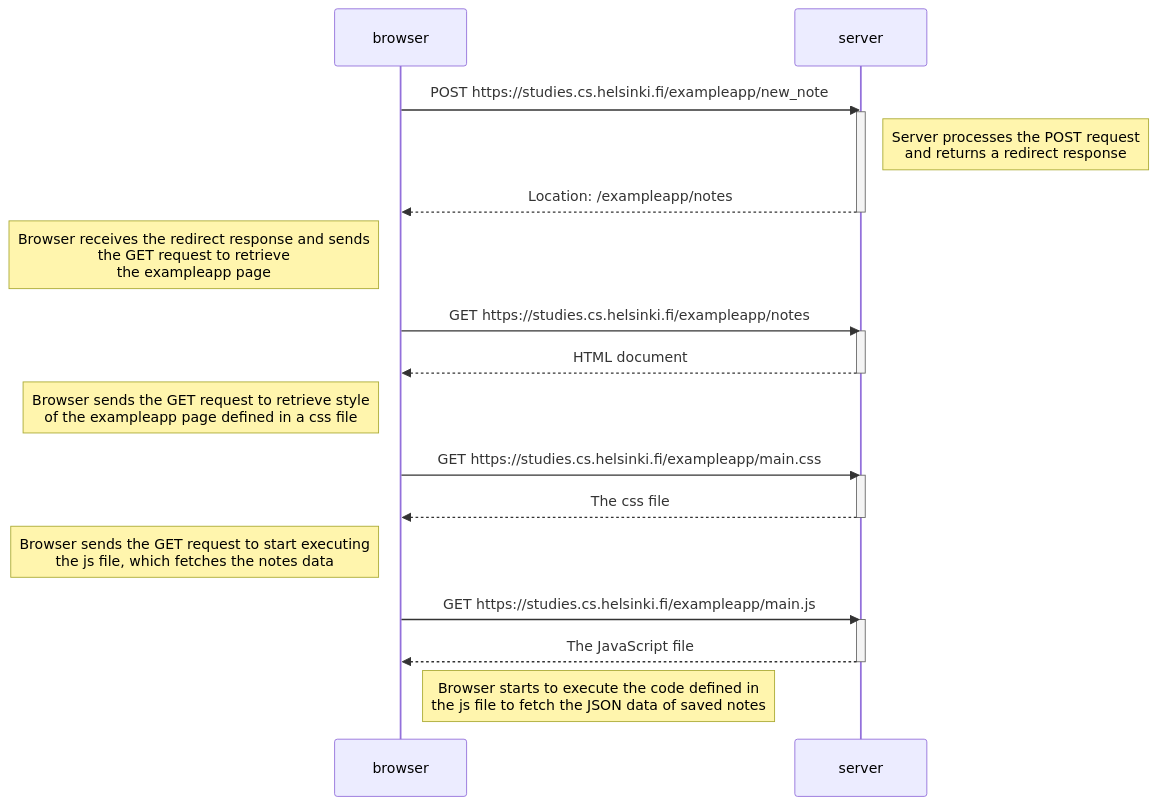
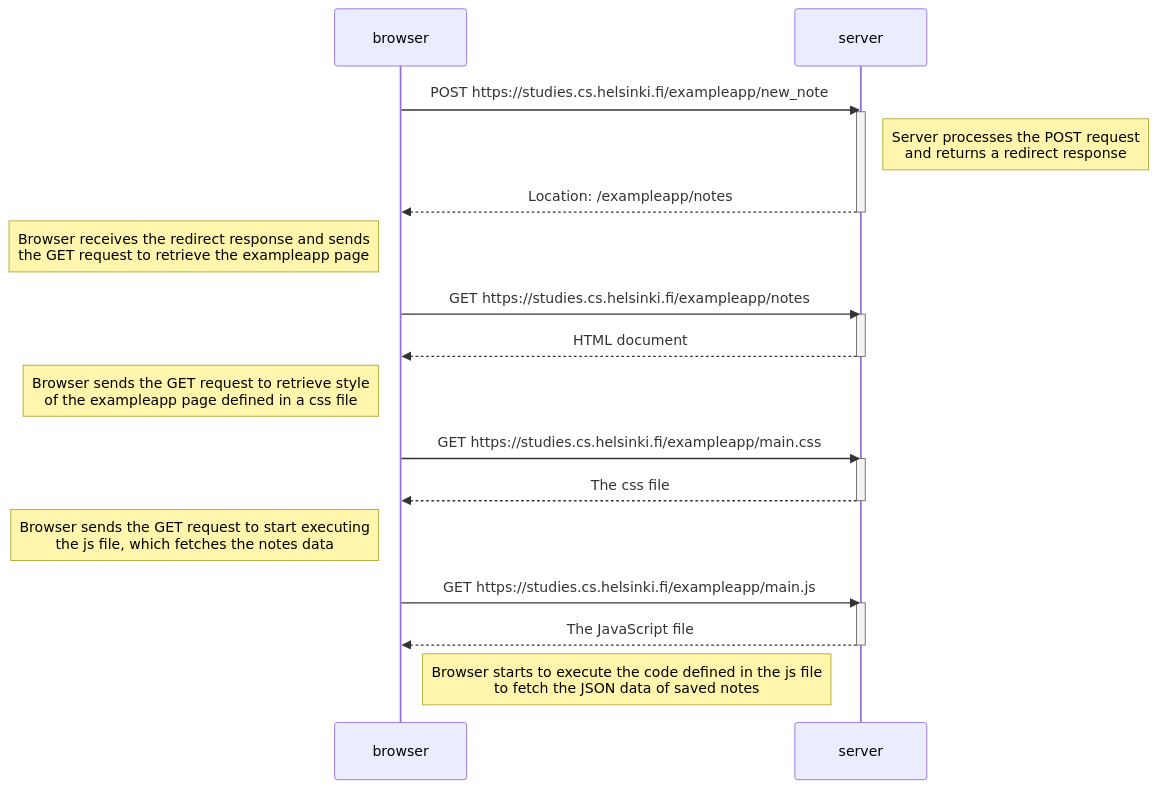
The diagram in osa0/uusi_muistiinpano_kaavio.md (oskarioksanen/fullstack_open_palautusrepo), drawn with Mermaid before and after one commit.

````diff
--- a/osa0/uusi_muistiinpano_kaavio.md
+++ b/osa0/uusi_muistiinpano_kaavio.md
@@ -3,33 +3,33 @@
 ```mermaid
 sequenceDiagram
     participant browser
     participant server
 
     browser->>server: POST https://studies.cs.helsinki.fi/exampleapp/new_note
     activate server
 
     Note right of server: Server processes the POST request<br/>and returns a redirect response
 
     server-->>browser: Location: /exampleapp/notes
     deactivate server
     
-    Note left of browser: Browser receives the redirect response and sends<br/>the GET request to retrieve<br/>the exampleapp page
+    Note left of browser: Browser receives the redirect response and sends<br/>the GET request to retrieve the exampleapp page
     browser->>server: GET https://studies.cs.helsinki.fi/exampleapp/notes
     activate server
     server-->>browser: HTML document
     deactivate server
 
     Note left of browser: Browser sends the GET request to retrieve style<br/>of the exampleapp page defined in a css file
     browser->>server: GET https://studies.cs.helsinki.fi/exampleapp/main.css
     activate server
     server-->>browser: The css file
     deactivate server
 
     Note left of browser: Browser sends the GET request to start executing<br/>the js file, which fetches the notes data
     browser->>server: GET https://studies.cs.helsinki.fi/exampleapp/main.js
     activate server
     server-->>browser: The JavaScript file
     deactivate server
-    Note right of browser: Browser starts to execute the code defined in<br/>the js file to fetch the JSON data of saved notes
+    Note right of browser: Browser starts to execute the code defined in the js file<br/>to fetch the JSON data of saved notes
 
 ```
````
